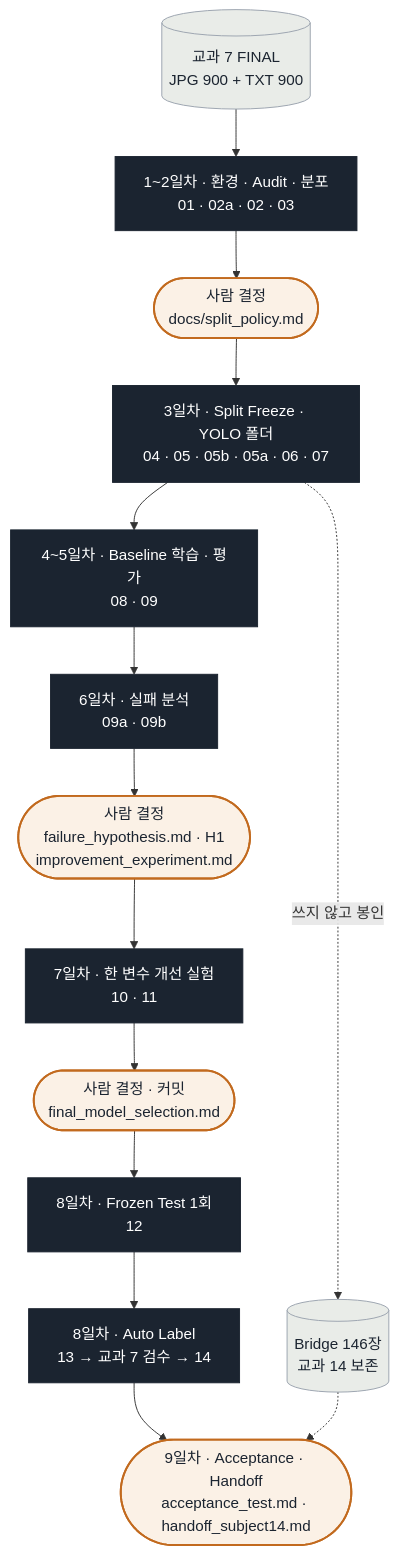
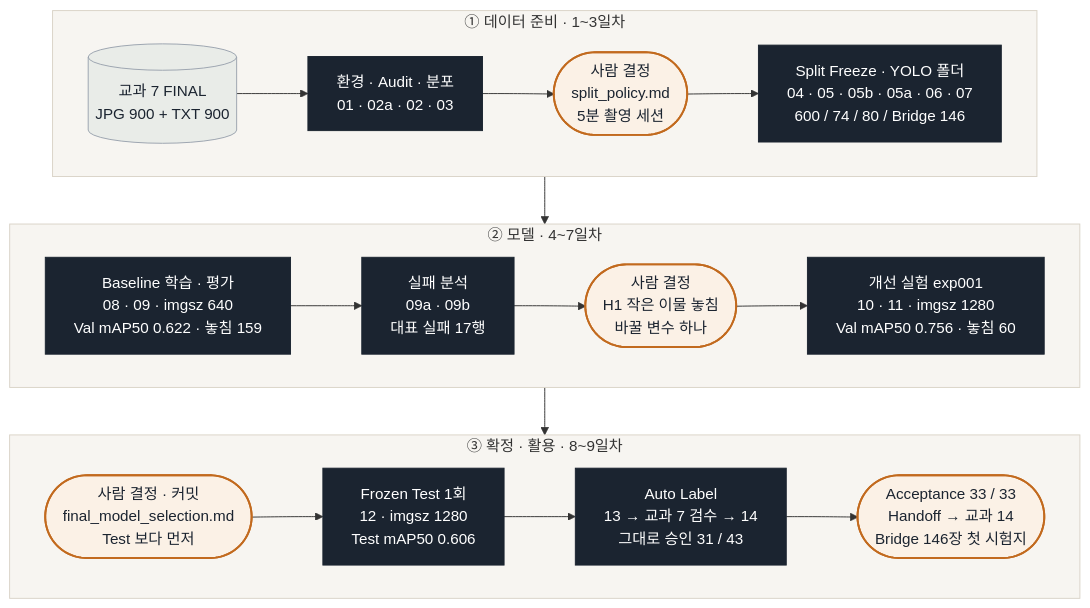
One commit to howolcat/prj2026.10 changed the first of 10 diagrams in prj08/docs/code_flow.md. Above: the diagram before and after it, drawn with Mermaid. The commit also changed other lines of this file and 8 other files, not shown here.

````diff
--- a/prj08/docs/code_flow.md
+++ b/prj08/docs/code_flow.md
@@ -18,27 +20,26 @@
 ```mermaid
-flowchart TD
-    IN[("교과 7 FINAL<br/>JPG 900 + TXT 900")]
-    A["1~2일차 · 환경 · Audit · 분포<br/>01 · 02a · 02 · 03"]
-    P(["사람 결정<br/>docs/split_policy.md"])
-    B["3일차 · Split Freeze · YOLO 폴더<br/>04 · 05 · 05b · 05a · 06 · 07"]
-    BR[("Bridge 146장<br/>교과 14 보존")]
-    C["4~5일차 · Baseline 학습 · 평가<br/>08 · 09"]
-    D["6일차 · 실패 분석<br/>09a · 09b"]
-    H(["사람 결정<br/>failure_hypothesis.md · H1<br/>improvement_experiment.md"])
-    E["7일차 · 한 변수 개선 실험<br/>10 · 11"]
-    S(["사람 결정 · 커밋<br/>final_model_selection.md"])
-    F["8일차 · Frozen Test 1회<br/>12"]
-    G["8일차 · Auto Label<br/>13 → 교과 7 검수 → 14"]
-    K(["9일차 · Acceptance · Handoff<br/>acceptance_test.md · handoff_subject14.md"])
-
-    IN --> A --> P --> B --> C --> D --> H --> E --> S --> F --> G --> K
-    B -.->|"쓰지 않고 봉인"| BR
-    BR -.-> K
+flowchart TB
+    subgraph R1["① 데이터 준비 · 1~3일차"]
+        direction LR
+        IN[("교과 7 FINAL<br/>JPG 900 + TXT 900")] --> A["환경 · Audit · 분포<br/>01 · 02a · 02 · 03"] --> P(["사람 결정<br/>split_policy.md<br/>5분 촬영 세션"]) --> B["Split Freeze · YOLO 폴더<br/>04 · 05 · 05b · 05a · 06 · 07<br/>600 / 74 / 80 / Bridge 146"]
+    end
+    subgraph R2["② 모델 · 4~7일차"]
+        direction LR
+        C["Baseline 학습 · 평가<br/>08 · 09 · imgsz 640<br/>Val mAP50 0.622 · 놓침 159"] --> D["실패 분석<br/>09a · 09b<br/>대표 실패 17행"] --> H(["사람 결정<br/>H1 작은 이물 놓침<br/>바꿀 변수 하나"]) --> E["개선 실험 exp001<br/>10 · 11 · imgsz 1280<br/>Val mAP50 0.756 · 놓침 60"]
+    end
+    subgraph R3["③ 확정 · 활용 · 8~9일차"]
+        direction LR
+        S(["사람 결정 · 커밋<br/>final_model_selection.md<br/>Test 보다 먼저"]) --> F["Frozen Test 1회<br/>12 · imgsz 1280<br/>Test mAP50 0.606"] --> G["Auto Label<br/>13 → 교과 7 검수 → 14<br/>그대로 승인 31 / 43"] --> K(["Acceptance 33 / 33<br/>Handoff → 교과 14<br/>Bridge 146장 첫 시험지"])
+    end
+    R1 --> R2 --> R3
 
     classDef data fill:#E9ECE8,stroke:#9AA3AE,color:#1B2430
     classDef script fill:#1B2430,stroke:#1B2430,color:#FFFFFF
     classDef human fill:#FBF1E6,stroke:#C26A1E,stroke-width:2px,color:#1B2430
-    class IN,BR data
+    class IN data
     class A,B,C,D,E,F,G script
     class P,H,S,K human
+    style R1 fill:#F7F5F1,stroke:#D9D3C7
+    style R2 fill:#F7F5F1,stroke:#D9D3C7
+    style R3 fill:#F7F5F1,stroke:#D9D3C7
 ```
````
